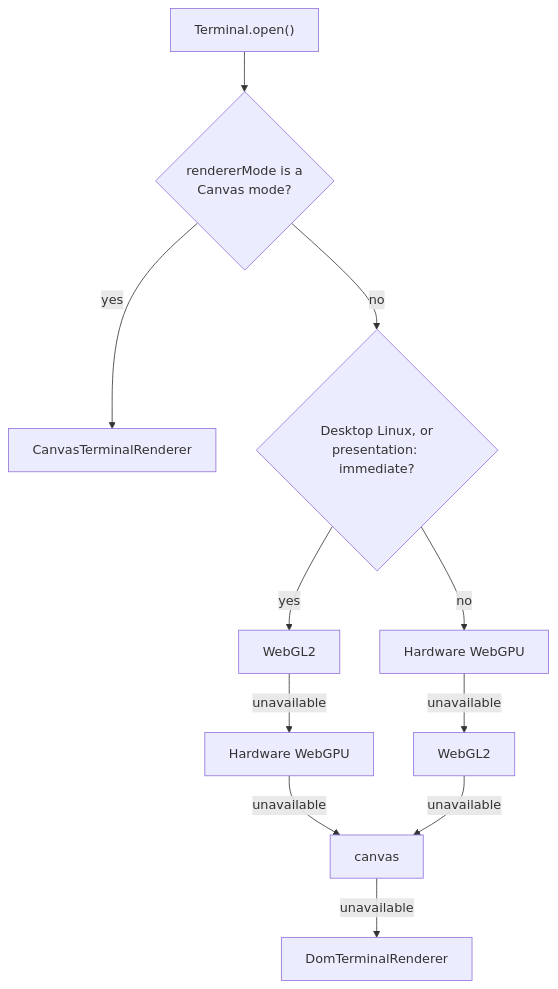
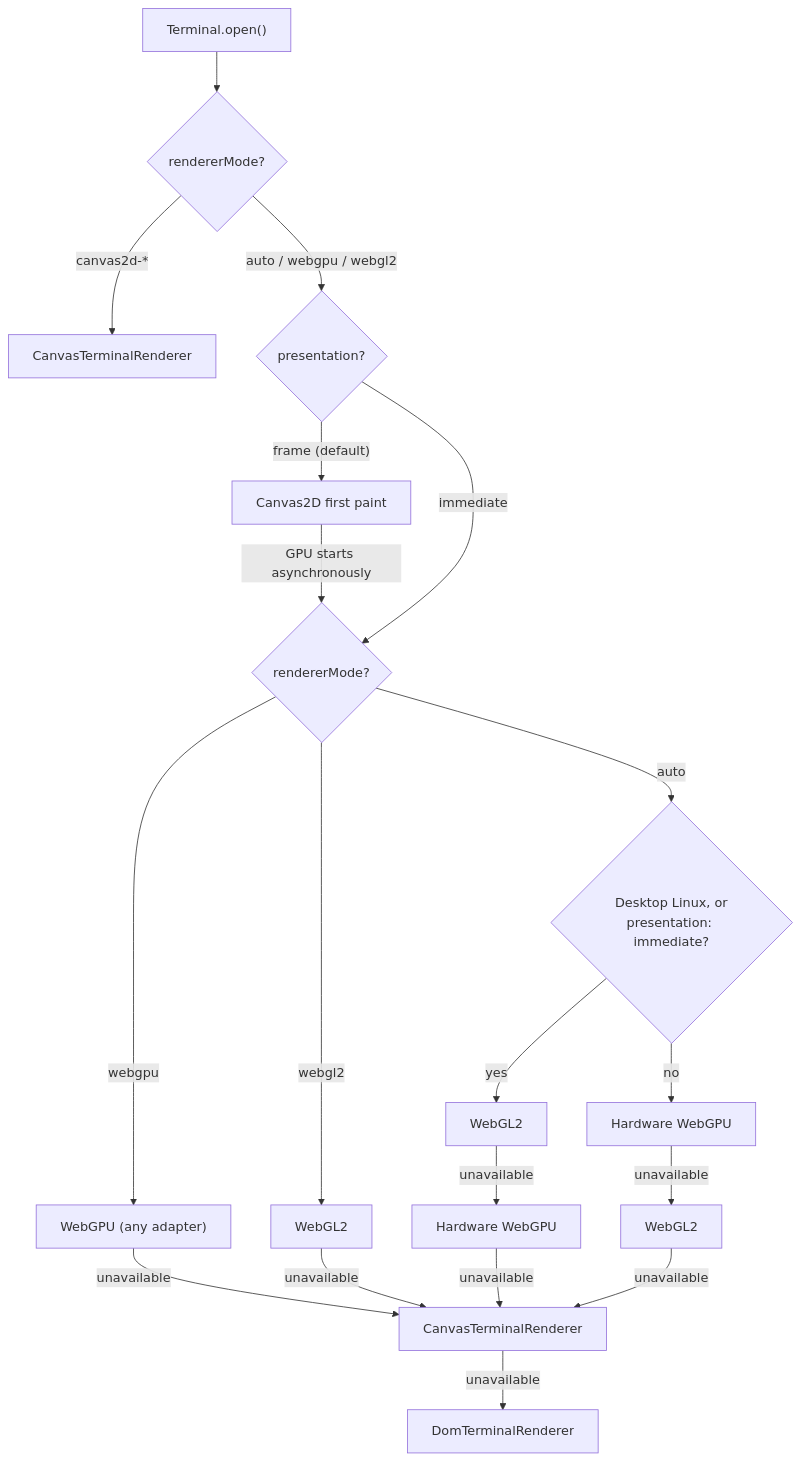
The diagram in docs/concepts.md (ShaulLavo/ghostty-webgpu), drawn with Mermaid before and after one commit. The commit also changed other lines of this file and 40 other files, not shown here.

First line of the commit message:
Paint the terminal on Canvas while the GPU starts (#167)

````diff
--- a/docs/concepts.md
+++ b/docs/concepts.md
@@ -40,13 +40,21 @@
 ```mermaid
 flowchart TD
-  start["Terminal.open()"] --> mode{"rendererMode is a<br/>Canvas mode?"}
-  mode -- yes --> explicit["CanvasTerminalRenderer"]
-  mode -- no --> linux{"Desktop Linux, or<br/>presentation: immediate?"}
+  start["Terminal.open()"] --> mode{"rendererMode?"}
+  mode -- "canvas2d-*" --> explicit["CanvasTerminalRenderer"]
+  mode -- "auto / webgpu / webgl2" --> pres{"presentation?"}
+  pres -- "frame (default)" --> cfirst["Canvas2D first paint"]
+  cfirst -- "GPU starts asynchronously" --> gpu{"rendererMode?"}
+  pres -- "immediate" --> gpu
+  gpu -- "webgpu" --> forcedgpu["WebGPU (any adapter)"]
+  gpu -- "webgl2" --> forcedgl["WebGL2"]
+  gpu -- "auto" --> linux{"Desktop Linux, or<br/>presentation: immediate?"}
   linux -- yes --> webgl1["WebGL2"]
   webgl1 -- unavailable --> webgpu1["Hardware WebGPU"]
   linux -- no --> webgpu2["Hardware WebGPU"]
   webgpu2 -- unavailable --> webgl2["WebGL2"]
+  forcedgpu -- unavailable --> canvas["CanvasTerminalRenderer"]
+  forcedgl -- unavailable --> canvas
   webgpu1 -- unavailable --> canvas
   webgl2 -- unavailable --> canvas
   canvas -- unavailable --> dom["DomTerminalRenderer"]
 ```
````
